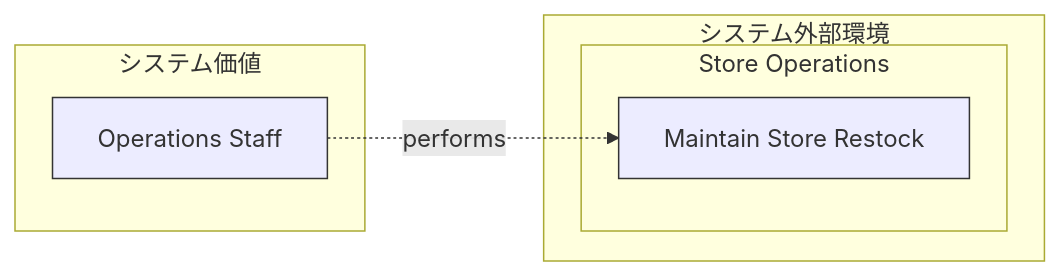
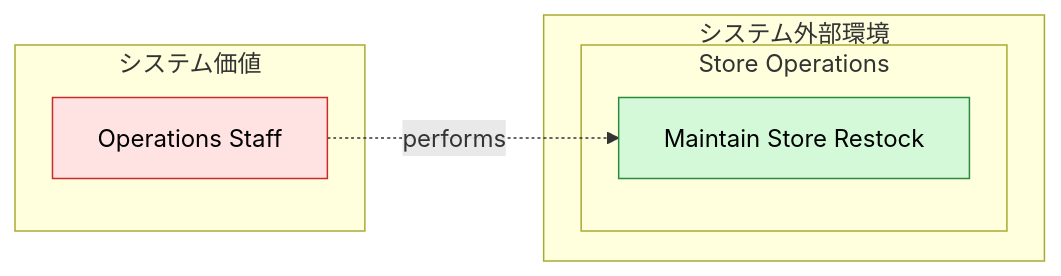
One commit to manji-0/rdra-ish-dsl changed the third of 11 diagrams in docs/diagram-sample-review.md. Above: the diagram before and after it, drawn with Mermaid. The commit also changed other lines of this file and 76 other files, not shown here.

First line of the commit message:
feat(cli): colour each RDRA element family in the flowchart diagrams

````diff
--- a/docs/diagram-sample-review.md
+++ b/docs/diagram-sample-review.md
@@ -223,21 +223,21 @@
 ```mermaid
 %% rdra-ish diagram=business scope=whole model=samples/incremental-order/step-6-business-rules/src
 %% layers: value=システム価値 environment=システム外部環境
 %% kinds: actor business buc
 %% omitted: medium permission usecase screen api entity
 flowchart LR
   subgraph layer_value["システム価値"]
     actor__OpsStaff["Operations Staff"]:::actor
   end
   subgraph layer_environment["システム外部環境"]
     subgraph business__StoreOperations["Store Operations"]
       %% desc business__StoreOperations: Store operations owns restock planning and store master maintenance.
       buc__BucStoreRestock["Maintain Store Restock"]:::buc
       %% desc buc__BucStoreRestock: Keep restock dates and store organization assignments operationally correct.
     end
   end
   actor__OpsStaff -.->|performs| buc__BucStoreRestock
-  classDef actor stroke:#333;
-  classDef business stroke:#333;
-  classDef buc stroke:#333;
+  classDef actor fill:#ffe3e3,stroke:#c92a2a,color:#000;
+  classDef business fill:#d3f9d8,stroke:#2b8a3e,color:#000;
+  classDef buc fill:#d3f9d8,stroke:#2b8a3e,color:#000;
 ```
````
